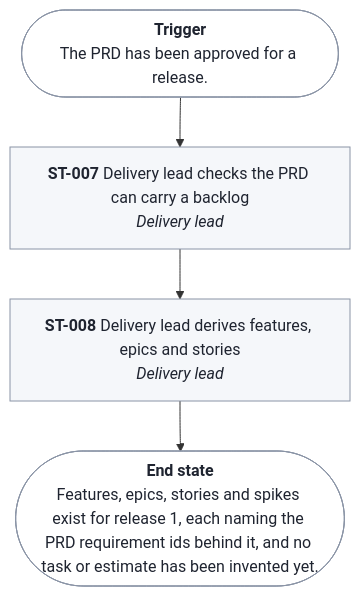
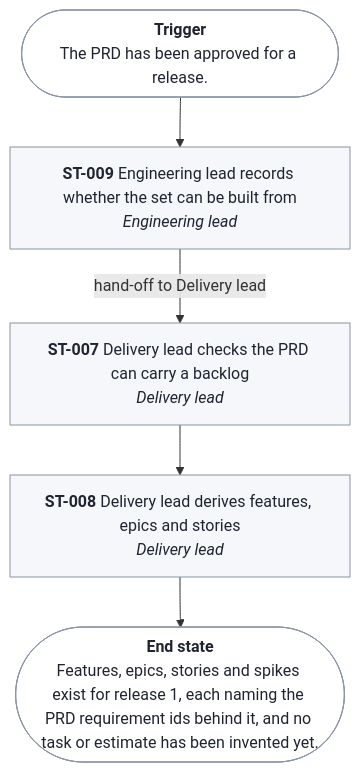
The diagram in docs/prd/prd-forge/diagrams/J-002.mmd (SpillwaveSolutions/prd-forge), drawn with Mermaid before and after one commit. The commit also changed 32 other files, not shown here.

```diff
--- a/docs/prd/prd-forge/diagrams/J-002.mmd
+++ b/docs/prd/prd-forge/diagrams/J-002.mmd
@@ -1,14 +1,16 @@
 %% Generated by prd-diagrams.mjs from the journey front matter. Do not edit.
 %%{init: {"flowchart": {"wrappingWidth": 280}}}%%
 flowchart TB
   start(["<b>Trigger</b><br/>The PRD has been approved for a release."])
+  ST009["<b>ST-009</b> Engineering lead records whether the set can be built from<br/><i>Engineering lead</i>"]
   ST007["<b>ST-007</b> Delivery lead checks the PRD can carry a backlog<br/><i>Delivery lead</i>"]
   ST008["<b>ST-008</b> Delivery lead derives features, epics and stories<br/><i>Delivery lead</i>"]
   done(["<b>End state</b><br/>Features, epics, stories and spikes exist for release 1, each naming the PRD requirement ids behind it, and no task or estimate has been invented yet."])
-  start --> ST007
+  start --> ST009
+  ST009 -->|"hand-off to Delivery lead"| ST007
   ST007 --> ST008
   ST008 --> done
   classDef stage fill:#F5F7FA,stroke:#8A94A6,color:#1F2430
   classDef ends fill:#FFFFFF,stroke:#8A94A6,color:#1F2430
-  class ST007,ST008 stage
+  class ST009,ST007,ST008 stage
   class start,done ends
```
